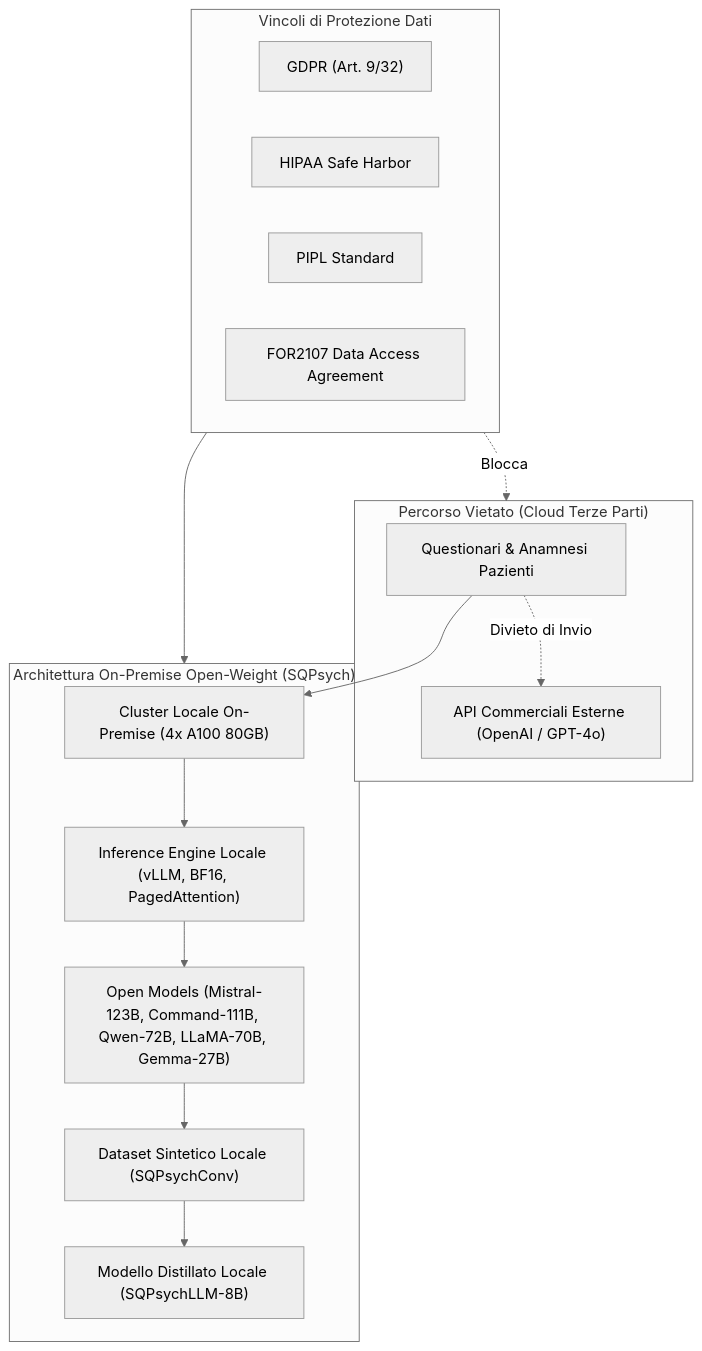
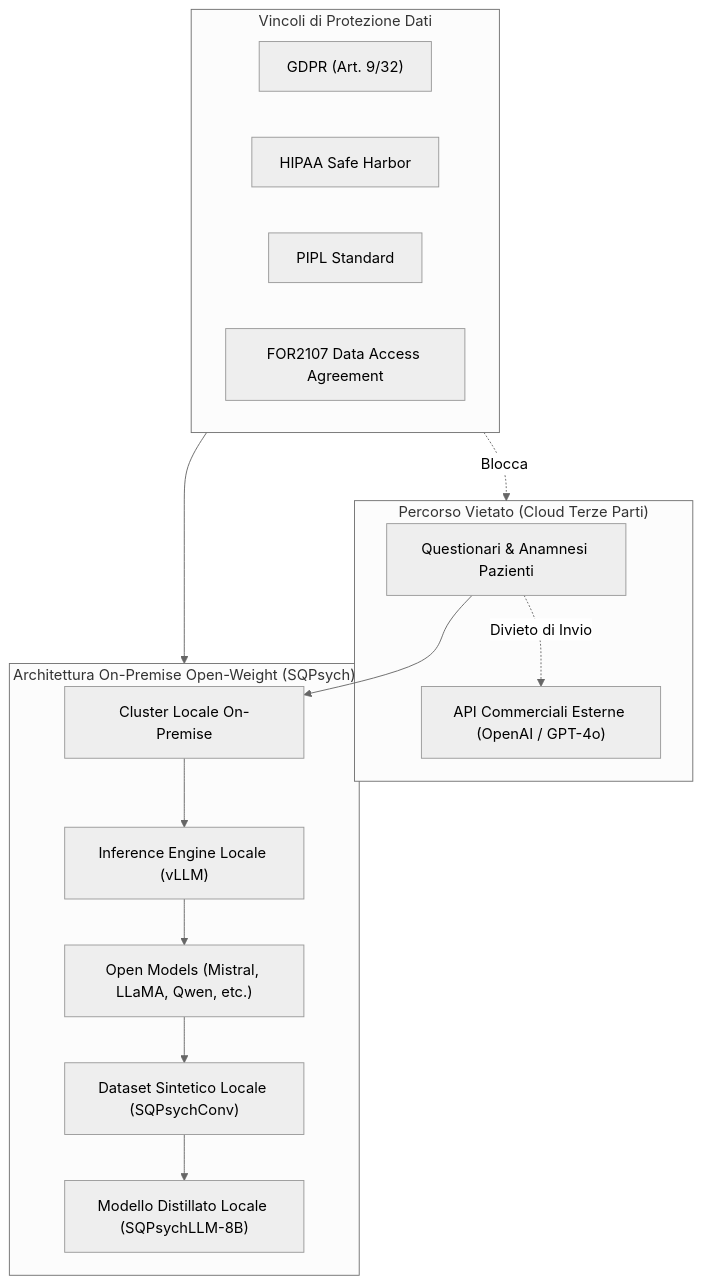
One commit to andreaferrari7-star/andreaferrari.github.io changed the diagram in content/concetti/open-weight-privacy-compliant-synthesis.md. Above: the diagram before and after it, drawn with Mermaid (neutral theme). The commit also changed other lines of this file and 340 other files, not shown here.

````diff
--- a/content/concetti/open-weight-privacy-compliant-synthesis.md
+++ b/content/concetti/open-weight-privacy-compliant-synthesis.md
@@ -18,32 +27,32 @@
 ```mermaid
 flowchart TD
     subgraph Regulatory_Compliance ["Vincoli di Protezione Dati"]
         GDPR["GDPR (Art. 9/32)"]
         HIPAA["HIPAA Safe Harbor"]
         PIPL["PIPL Standard"]
         FOR["FOR2107 Data Access Agreement"]
     end
 
     subgraph Prohibited_Route ["Percorso Vietato (Cloud Terze Parti)"]
         SensData["Questionari & Anamnesi Pazienti"]
         API["API Commerciali Esterne (OpenAI / GPT-4o)"]
         SensData -. Divieto di Invio .-> API
     end
 
     subgraph Compliant_Route ["Architettura On-Premise Open-Weight (SQPsych)"]
-        LocalCluster["Cluster Locale On-Premise (4x A100 80GB)"]
-        vLLM["Inference Engine Locale (vLLM, BF16, PagedAttention)"]
-        OpenLLMs["Open Models (Mistral-123B, Command-111B, Qwen-72B, LLaMA-70B, Gemma-27B)"]
+        LocalCluster["Cluster Locale On-Premise"]
+        vLLM["Inference Engine Locale (vLLM)"]
+        OpenLLMs["Open Models (Mistral, LLaMA, Qwen, etc.)"]
         LocalData["Dataset Sintetico Locale (SQPsychConv)"]
         Distilled["Modello Distillato Locale (SQPsychLLM-8B)"]
         
         SensData --> LocalCluster
         LocalCluster --> vLLM
         vLLM --> OpenLLMs
         OpenLLMs --> LocalData
         LocalData --> Distilled
     end
 
     Regulatory_Compliance --> Compliant_Route
     Regulatory_Compliance -. Blocca .-> Prohibited_Route
 ```
````
